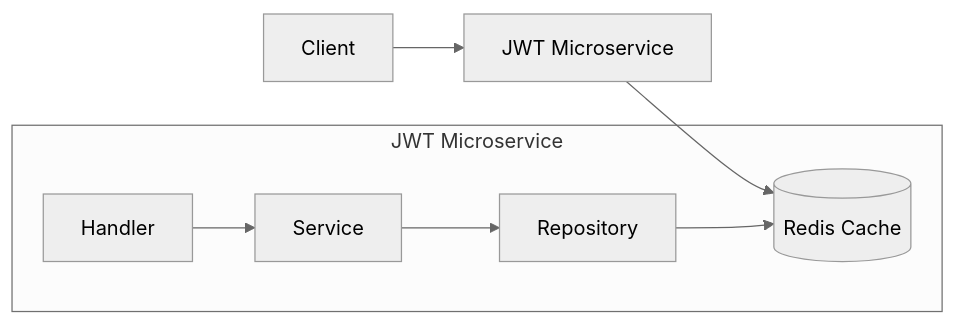
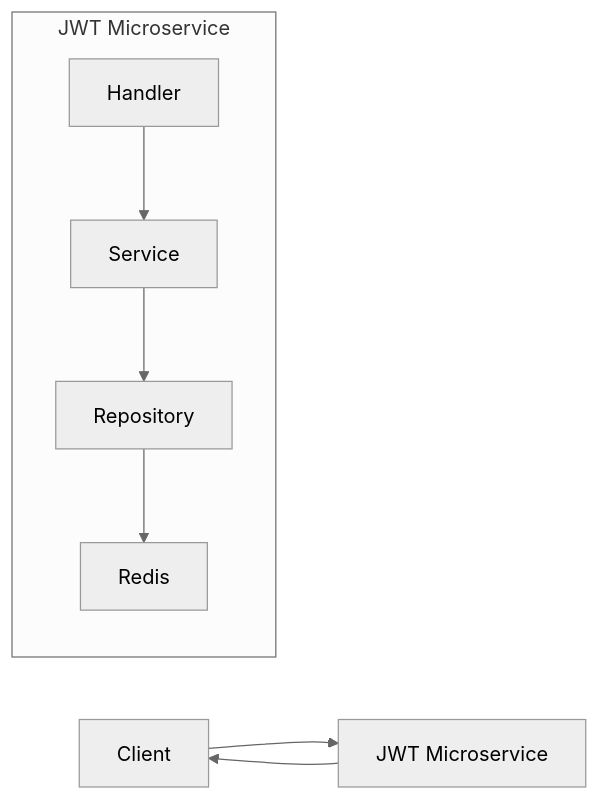
The diagram in README.md (GregoryKogan/jwt-microservice), drawn with Mermaid (neutral theme) before and after one commit.

Commit message:
Fix diagram in README.md to correctly represent the flow between Client and JWT Microservice

````diff
--- a/README.md
+++ b/README.md
@@ -18,11 +18,11 @@
 ```mermaid
 graph LR
     Client --> JWT[JWT Microservice]
-    JWT --> Redis[(Redis Cache)]
+    JWT --> Client
 
     subgraph JWT Microservice
         Handler --> Service
         Service --> Repository
         Repository --> Redis
     end
 ```
````
